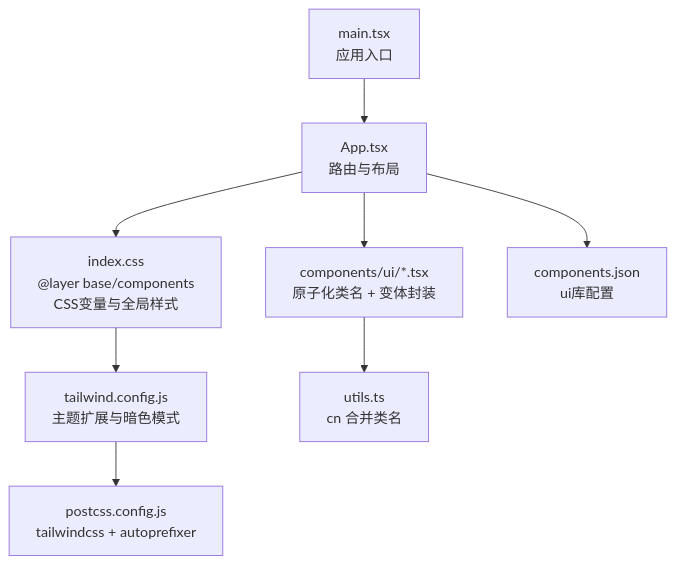
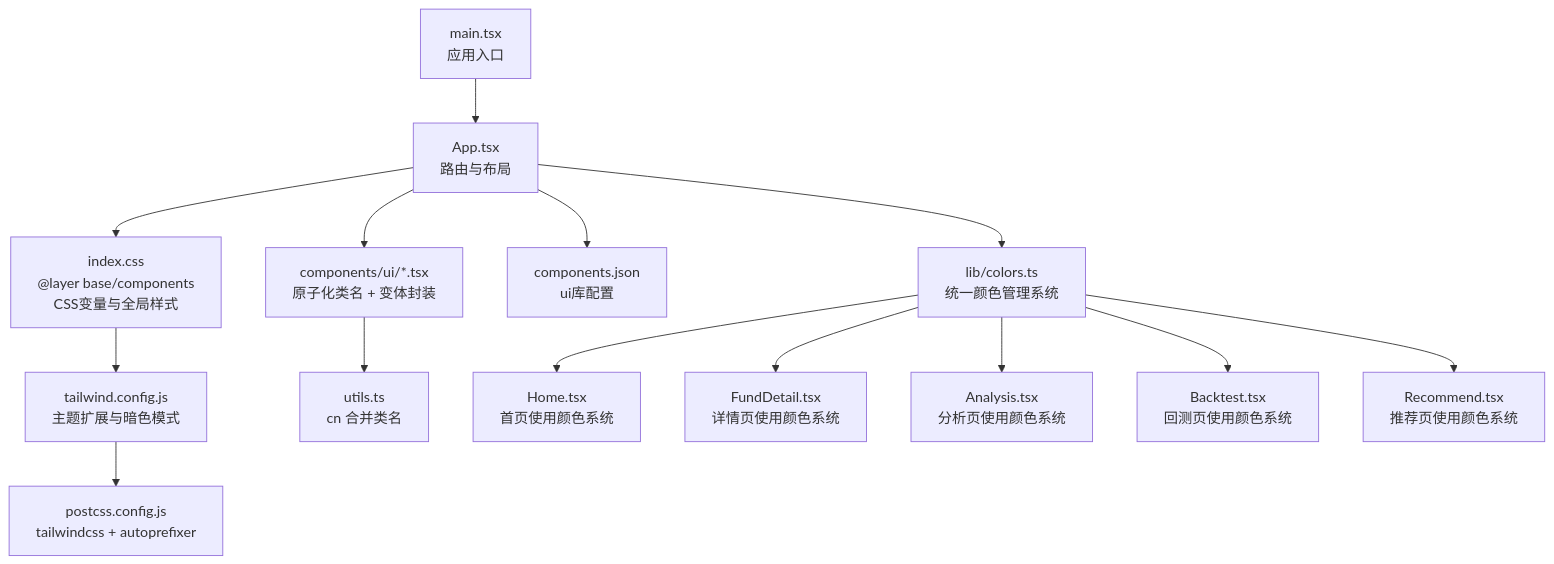
Before and after one commit to youkell85/FundTrader: the first of 10 diagrams in .qoder/repowiki/zh/content/前端应用文档/样式系统与主题.md, drawn with Mermaid. The commit also changed other lines of this file and 11 other files, not shown here.

````diff
--- a/.qoder/repowiki/zh/content/前端应用文档/样式系统与主题.md
+++ b/.qoder/repowiki/zh/content/前端应用文档/样式系统与主题.md
@@ -48,10 +67,16 @@
 ```mermaid
 graph TB
 A["main.tsx<br/>应用入口"] --> B["App.tsx<br/>路由与布局"]
 B --> C["index.css<br/>@layer base/components<br/>CSS变量与全局样式"]
 C --> D["tailwind.config.js<br/>主题扩展与暗色模式"]
 D --> E["postcss.config.js<br/>tailwindcss + autoprefixer"]
 B --> F["components/ui/*.tsx<br/>原子化类名 + 变体封装"]
 F --> G["utils.ts<br/>cn 合并类名"]
 B --> H["components.json<br/>ui库配置"]
+B --> I["lib/colors.ts<br/>统一颜色管理系统"]
+I --> J["Home.tsx<br/>首页使用颜色系统"]
+I --> K["FundDetail.tsx<br/>详情页使用颜色系统"]
+I --> L["Analysis.tsx<br/>分析页使用颜色系统"]
+I --> M["Backtest.tsx<br/>回测页使用颜色系统"]
+I --> N["Recommend.tsx<br/>推荐页使用颜色系统"]
 ```
````
